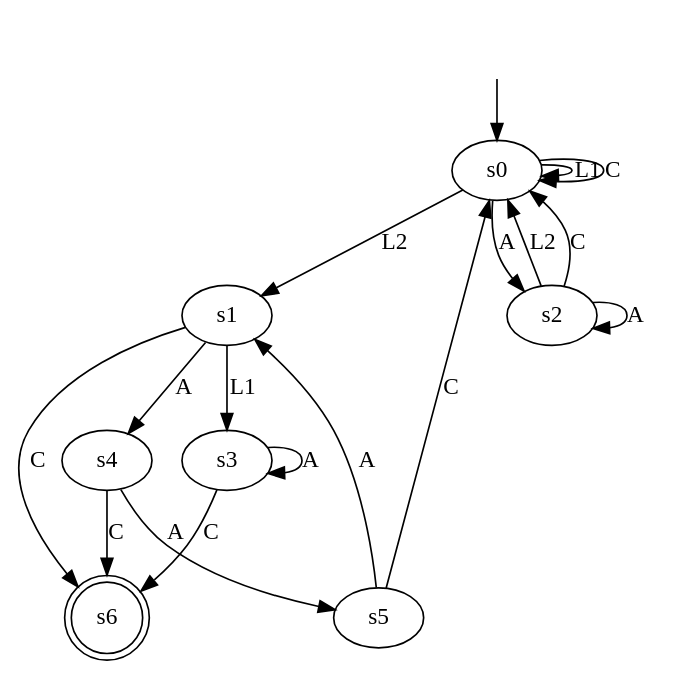
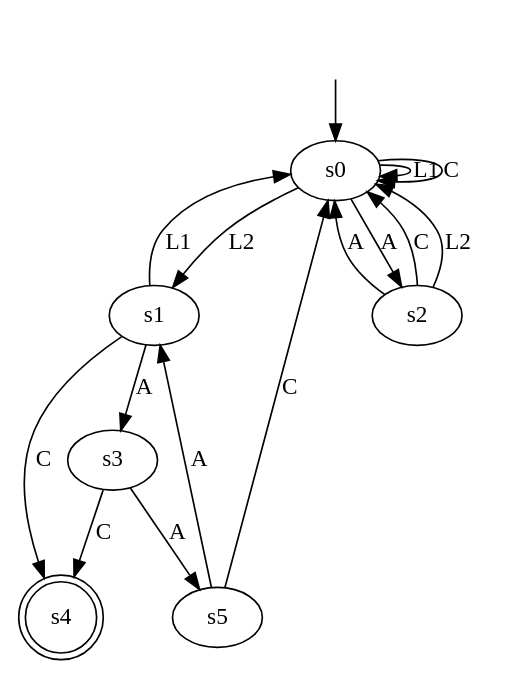
The diagram in output/magento_result_b_0.7.dot (tomyaacov/lstar_dont_care), drawn with Graphviz before and after one commit. The commit also changed 64 other files, not shown here.

```diff
--- a/output/magento_result_b_0.7.dot
+++ b/output/magento_result_b_0.7.dot
@@ -1,27 +1,24 @@
 digraph "output/magento_result_b_0.7" {
 s0 [label=s0];
 s1 [label=s1];
 s2 [label=s2];
 s3 [label=s3];
-s4 [label=s4];
+s4 [label=s4, shape=doublecircle];
 s5 [label=s5];
-s6 [label=s6, shape=doublecircle];
 s0 -> s0  [label=L1];
 s0 -> s1  [label=L2];
 s0 -> s2  [label=A];
 s0 -> s0  [label=C];
-s1 -> s3  [label=L1];
-s1 -> s4  [label=A];
-s1 -> s6  [label=C];
+s1 -> s0  [label=L1];
+s1 -> s3  [label=A];
+s1 -> s4  [label=C];
+s2 -> s0  [label=C];
 s2 -> s0  [label=L2];
-s2 -> s2  [label=A];
-s2 -> s0  [label=C];
-s3 -> s3  [label=A];
-s3 -> s6  [label=C];
-s4 -> s5  [label=A];
-s4 -> s6  [label=C];
+s2 -> s0  [label=A];
+s3 -> s4  [label=C];
+s3 -> s5  [label=A];
+s5 -> s0  [label=C];
 s5 -> s1  [label=A];
-s5 -> s0  [label=C];
 __start0 [label="", shape=none];
 __start0 -> s0  [label=""];
 }
```
